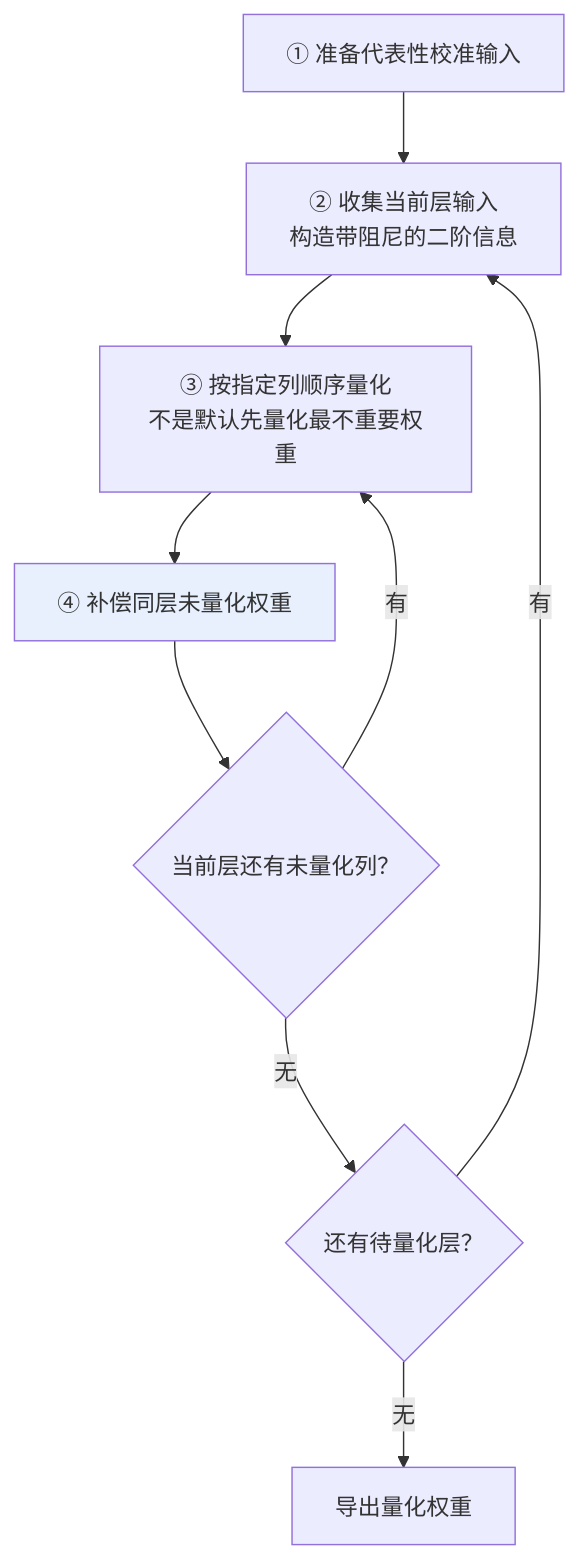
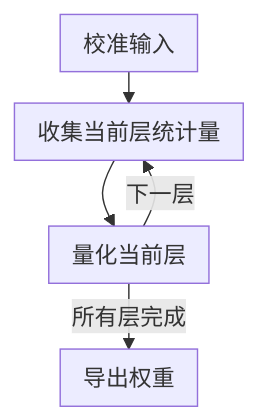
Before and after one commit to zongyangbigpolo/awesome-ai-roadmap: the second of 3 diagrams in docs/llm/03-inference-serving/15-quantization.zh.md, drawn with Mermaid. The commit also changed other lines of this file and 320 other files, not shown here.

First line of the commit message:
Prepare compact bilingual diagrams and centralized references for Kindle RC2

````diff
--- a/docs/llm/03-inference-serving/15-quantization.zh.md
+++ b/docs/llm/03-inference-serving/15-quantization.zh.md
@@ -204,14 +205,8 @@
 ```mermaid
+%%{init: {"flowchart": {"nodeSpacing": 16, "rankSpacing": 22, "padding": 8, "wrappingWidth": 160}}}%%
 flowchart TB
-    S1["① 准备代表性校准输入"]
-    S1 --> S2["② 收集当前层输入<br/>构造带阻尼的二阶信息"]
-    S2 --> S3["③ 按指定列顺序量化<br/>不是默认先量化最不重要权重"]
-    S3 --> S4["④ 补偿同层未量化权重"]
-    S4 --> MORE{"当前层还有未量化列？"}
-    MORE -->|有| S3
-    MORE -->|无| NEXT{"还有待量化层？"}
-    NEXT -->|有| S2
-    NEXT -->|无| DONE["导出量化权重"]
-
-    style S4 fill:#e8f0fe
+    S1["校准输入"] --> S2["收集当前层统计量"]
+    S2 --> S3["量化当前层"]
+    S3 -->|下一层| S2
+    S3 -->|所有层完成| DONE["导出权重"]
 ```
````
